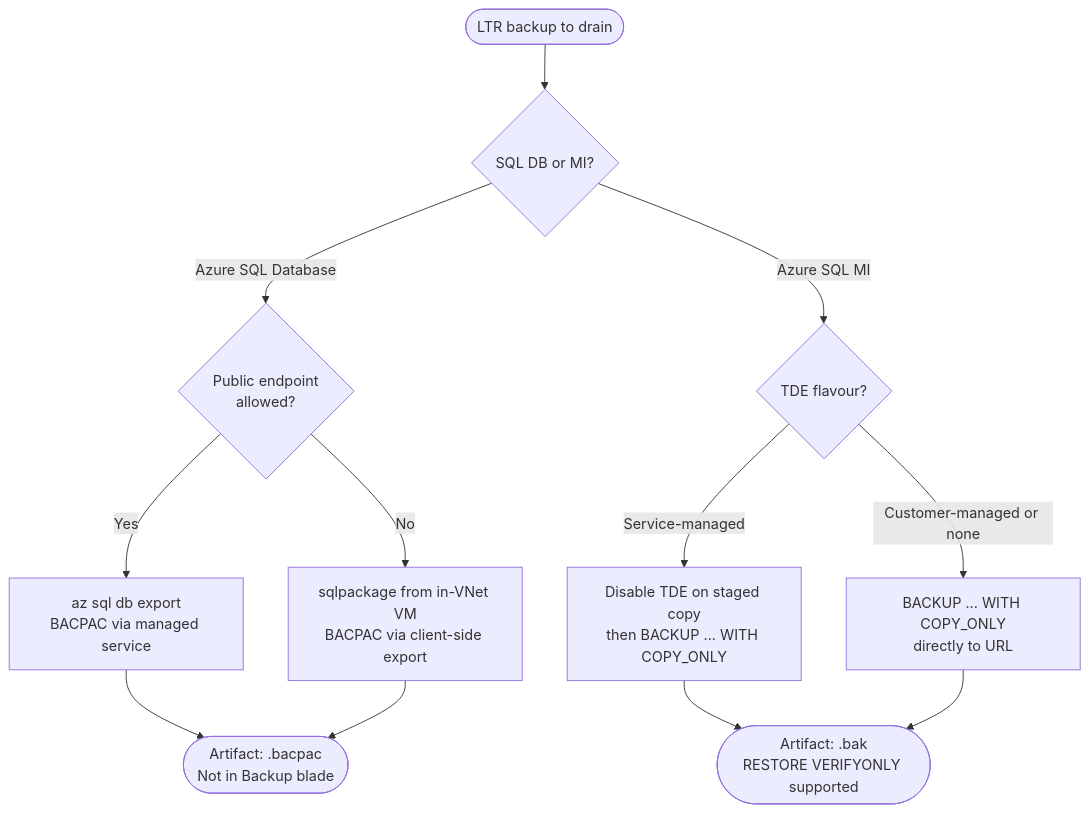
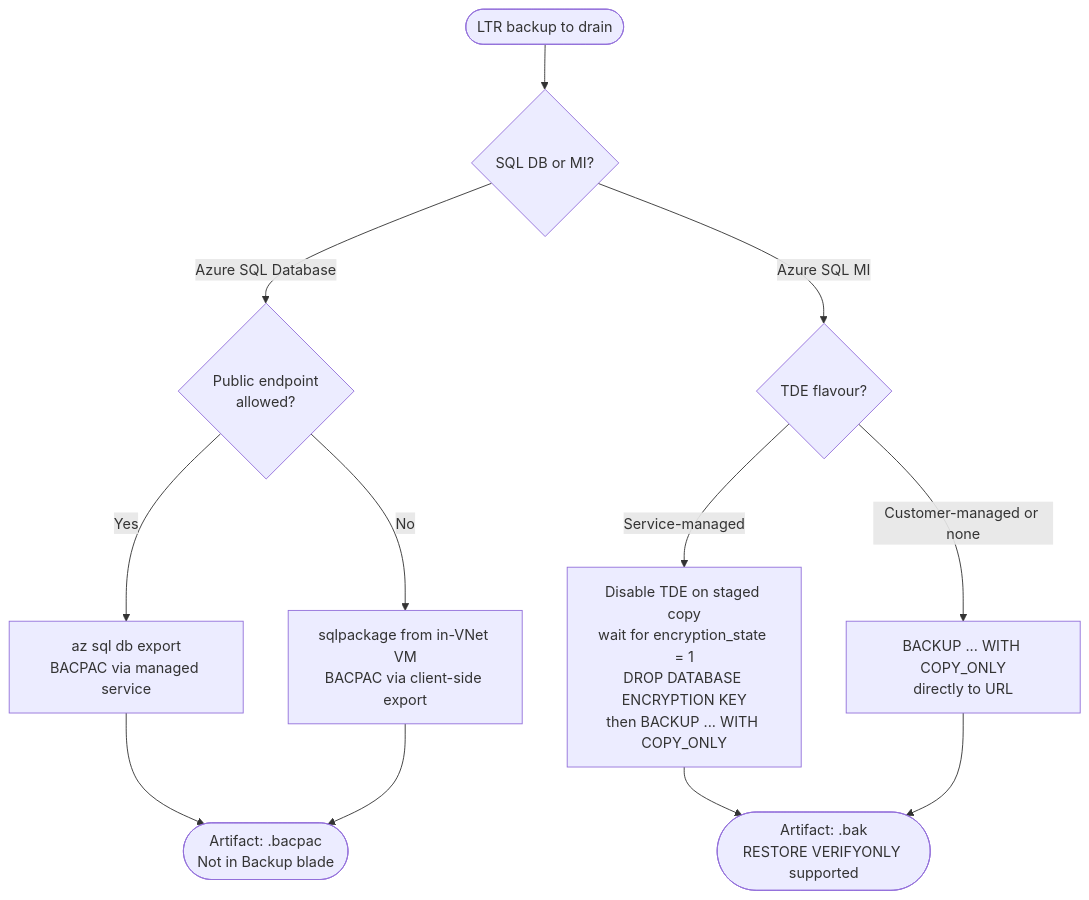
One commit to erjosito/net-lab-builder changed the diagram in labs/sql-ltr-backup-migration/diagrams/04-decision-tree.mmd. Above: the diagram before and after it, drawn with Mermaid. The commit also changed 2 other files, not shown here.

Commit message:
Prove MI managed-identity BACKUP TO URL and add roadmap scan
The MI drain path is now verified end to end under the full governance
model: a native .bak written to storage with shared keys and SAS
disabled, over a private endpoint, authenticated by managed identity,
and confirmed restorable with RESTORE VERIFYONLY.

Corrects an error in our own documented remediation: ALTER DATABASE SET
ENCRYPTION OFF reaches encryption_state 1 but BACKUP still fails with
Msg 41938 until DROP DATABASE ENCRYPTION KEY also runs.

Adds a roadmap section covering the two SQL Database preview features
that would together revive the managed export path, and separates MI
database copy/move from the LTR archive problem.

Copilot-Session: 274c5edc-63cc-4553-bbf7-92ba971a0010

```diff
--- a/labs/sql-ltr-backup-migration/diagrams/04-decision-tree.mmd
+++ b/labs/sql-ltr-backup-migration/diagrams/04-decision-tree.mmd
@@ -1,17 +1,17 @@
 flowchart TD
     START([LTR backup to drain])
     START --> RTYPE{"SQL DB or MI?"}
 
     RTYPE -->|Azure SQL Database| DB_PUB{"Public endpoint<br/>allowed?"}
     RTYPE -->|Azure SQL MI| MI_TDE{"TDE flavour?"}
 
     DB_PUB -->|Yes| DB_SVC["az sql db export<br/>BACPAC via managed service"]
     DB_PUB -->|No| DB_PRIV["sqlpackage from in-VNet VM<br/>BACPAC via client-side export"]
 
-    MI_TDE -->|Service-managed| MI_DIS["Disable TDE on staged copy<br/>then BACKUP ... WITH COPY_ONLY"]
+    MI_TDE -->|Service-managed| MI_DIS["Disable TDE on staged copy<br/>wait for encryption_state = 1<br/>DROP DATABASE ENCRYPTION KEY<br/>then BACKUP ... WITH COPY_ONLY"]
     MI_TDE -->|Customer-managed or none| MI_DIR["BACKUP ... WITH COPY_ONLY<br/>directly to URL"]
 
     DB_SVC --> BACPAC_OUT(["Artifact: .bacpac<br/>Not in Backup blade"])
     DB_PRIV --> BACPAC_OUT
     MI_DIS --> BAK_OUT(["Artifact: .bak<br/>RESTORE VERIFYONLY supported"])
     MI_DIR --> BAK_OUT
```
